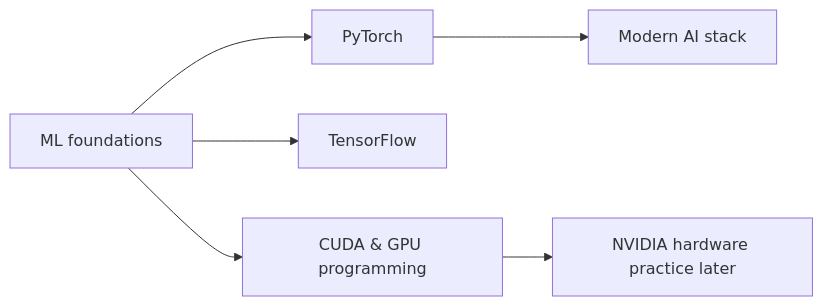
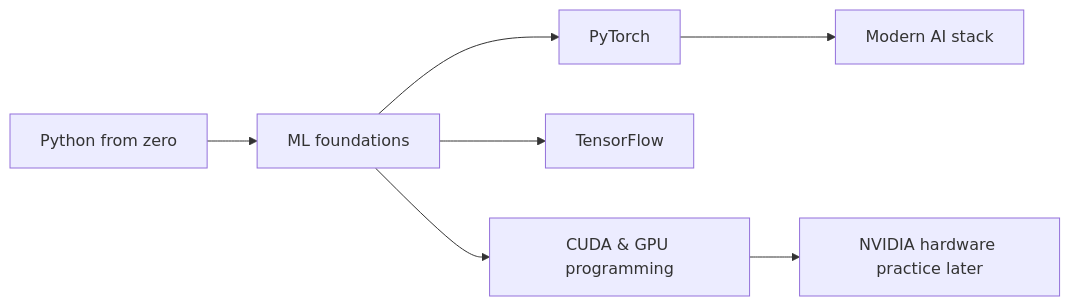
The diagram in docs/learning-plan.md (ShmalexM/ml-workshop), drawn with Mermaid before and after one commit. The commit also changed other lines of this file and 6 other files, not shown here.

First line of the commit message:
Update lesson and path counts and point beginners to Python from zero

````diff
--- a/docs/learning-plan.md
+++ b/docs/learning-plan.md
@@ -13,8 +13,9 @@
 ```mermaid
 flowchart LR
- A[ML foundations] --> B[PyTorch]
+ P[Python from zero] --> A[ML foundations]
+ A --> B[PyTorch]
  A --> C[TensorFlow]
  B --> D[Modern AI stack]
  A --> E["CUDA & GPU programming"]
  E --> F[NVIDIA hardware practice later]
 ```
````
